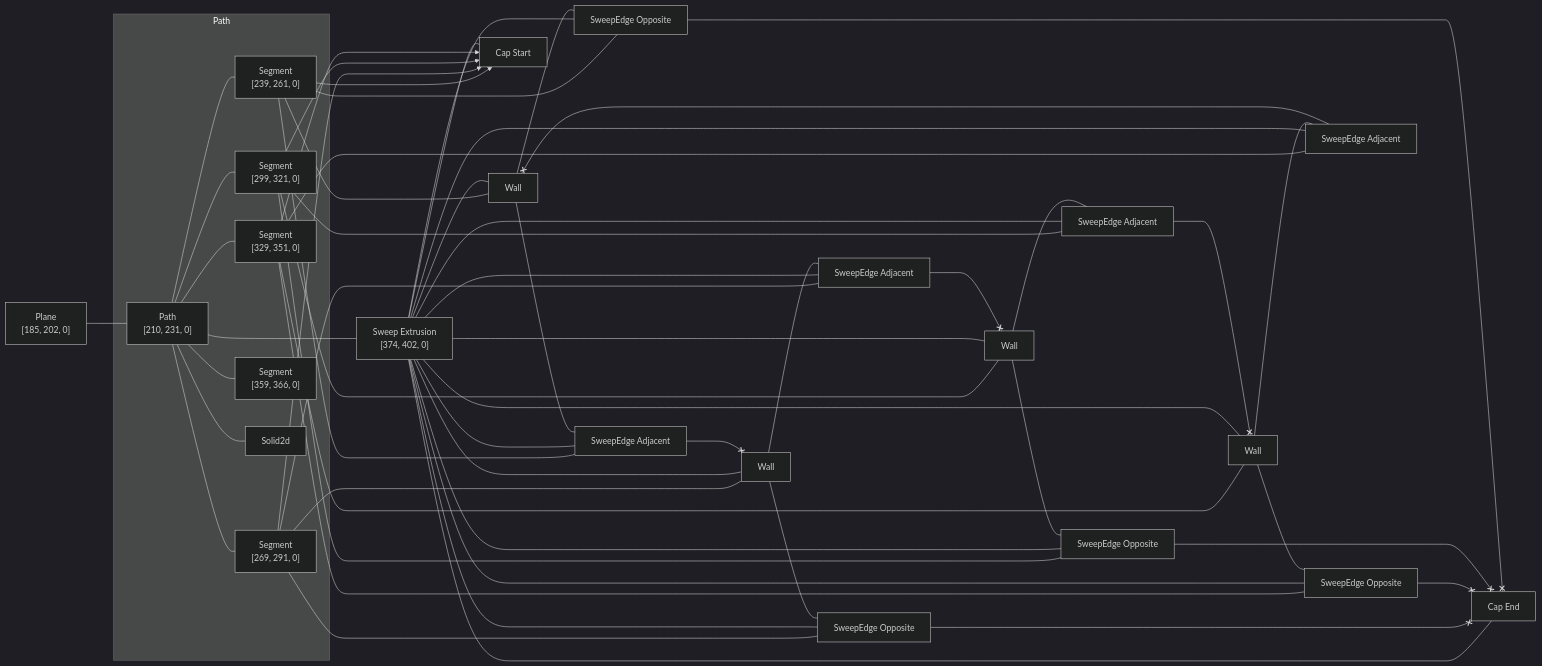
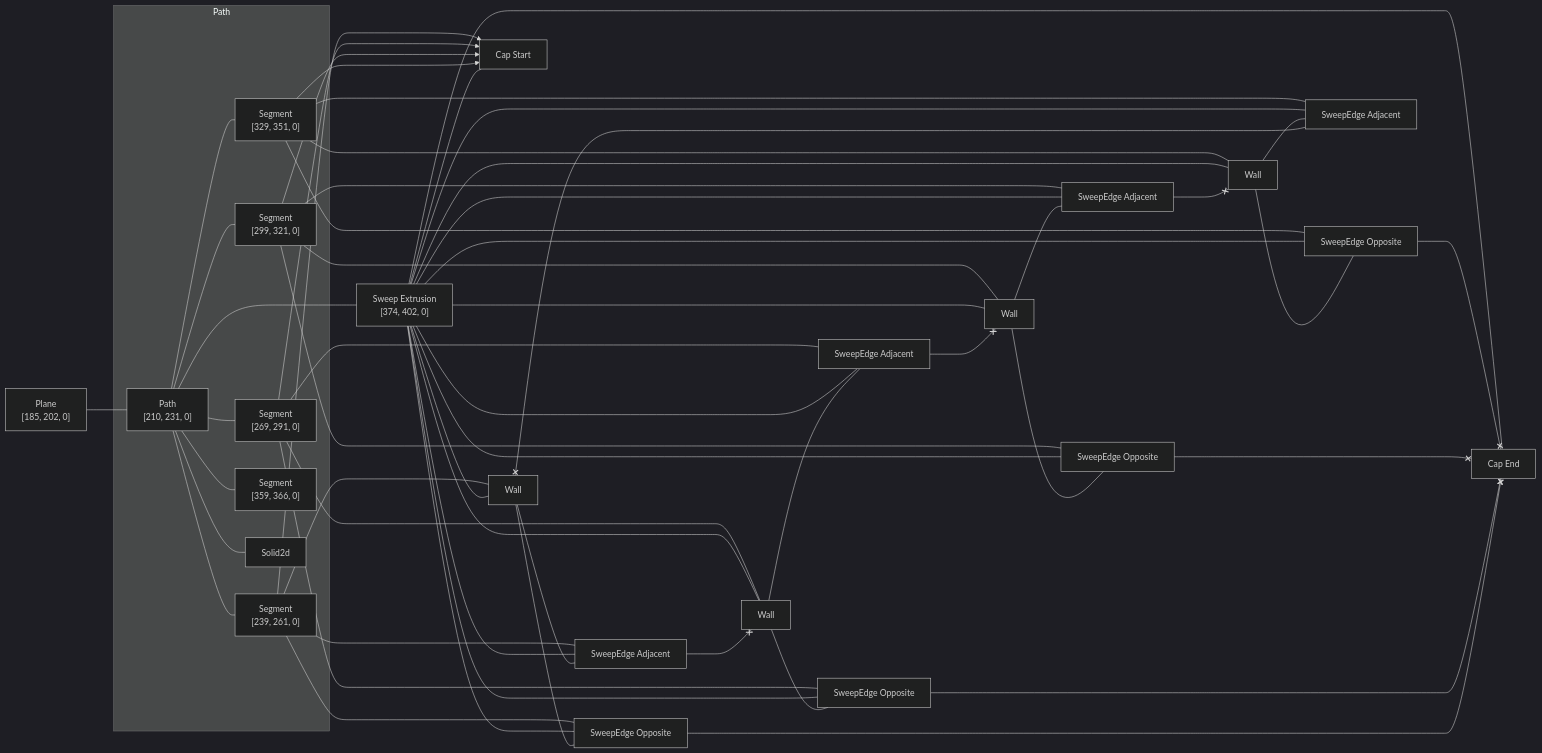
Before and after one commit to rajgandhi1/modeling-app: the diagram in rust/kcl-lib/tests/cube/artifact_graph_flowchart.snap.md, drawn with Mermaid (dark theme). The commit also changed 101 other files, not shown here.

````diff
--- a/rust/kcl-lib/tests/cube/artifact_graph_flowchart.snap.md
+++ b/rust/kcl-lib/tests/cube/artifact_graph_flowchart.snap.md
@@ -1,82 +1,82 @@
 ```mermaid
 flowchart LR
   subgraph path2 [Path]
     2["Path<br>[210, 231, 0]"]
     3["Segment<br>[239, 261, 0]"]
     4["Segment<br>[269, 291, 0]"]
     5["Segment<br>[299, 321, 0]"]
     6["Segment<br>[329, 351, 0]"]
     7["Segment<br>[359, 366, 0]"]
     8[Solid2d]
   end
   1["Plane<br>[185, 202, 0]"]
   9["Sweep Extrusion<br>[374, 402, 0]"]
   10[Wall]
   11[Wall]
   12[Wall]
   13[Wall]
   14["Cap Start"]
   15["Cap End"]
   16["SweepEdge Opposite"]
   17["SweepEdge Opposite"]
   18["SweepEdge Opposite"]
   19["SweepEdge Opposite"]
   20["SweepEdge Adjacent"]
   21["SweepEdge Adjacent"]
   22["SweepEdge Adjacent"]
   23["SweepEdge Adjacent"]
   1 --- 2
   2 --- 3
   2 --- 4
   2 --- 5
   2 --- 6
   2 --- 7
   2 --- 8
   2 ---- 9
   3 --- 13
   3 x--> 14
   3 --- 19
   3 --- 23
   4 --- 11
   4 x--> 14
-  4 --- 16
-  4 --- 21
+  4 --- 18
+  4 --- 22
   5 --- 10
   5 x--> 14
-  5 --- 18
-  5 --- 22
+  5 --- 17
+  5 --- 21
   6 --- 12
   6 x--> 14
-  6 --- 17
+  6 --- 16
   6 --- 20
   9 --- 10
   9 --- 11
   9 --- 12
   9 --- 13
   9 --- 14
   9 --- 15
   9 --- 16
   9 --- 17
   9 --- 18
   9 --- 19
   9 --- 20
   9 --- 21
   9 --- 22
   9 --- 23
-  10 --- 18
-  21 <--x 10
-  10 --- 22
-  11 --- 16
-  11 --- 21
+  10 --- 17
+  10 --- 21
+  22 <--x 10
+  11 --- 18
+  11 --- 22
   23 <--x 11
-  12 --- 17
+  12 --- 16
   12 --- 20
-  22 <--x 12
+  21 <--x 12
   13 --- 19
   20 <--x 13
   13 --- 23
   16 <--x 15
   17 <--x 15
   18 <--x 15
   19 <--x 15
 ```
````
